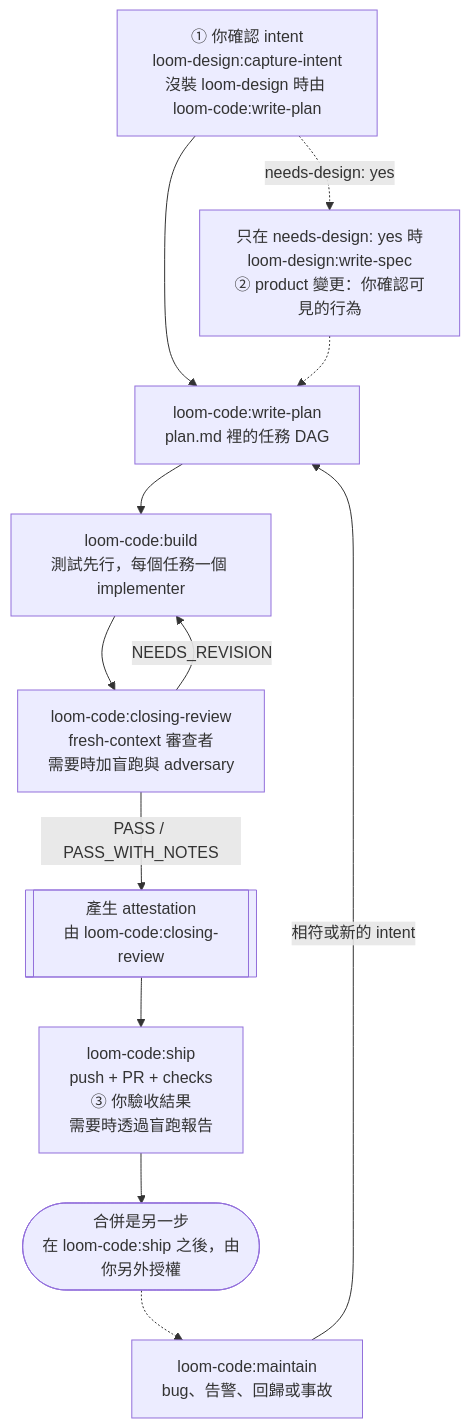
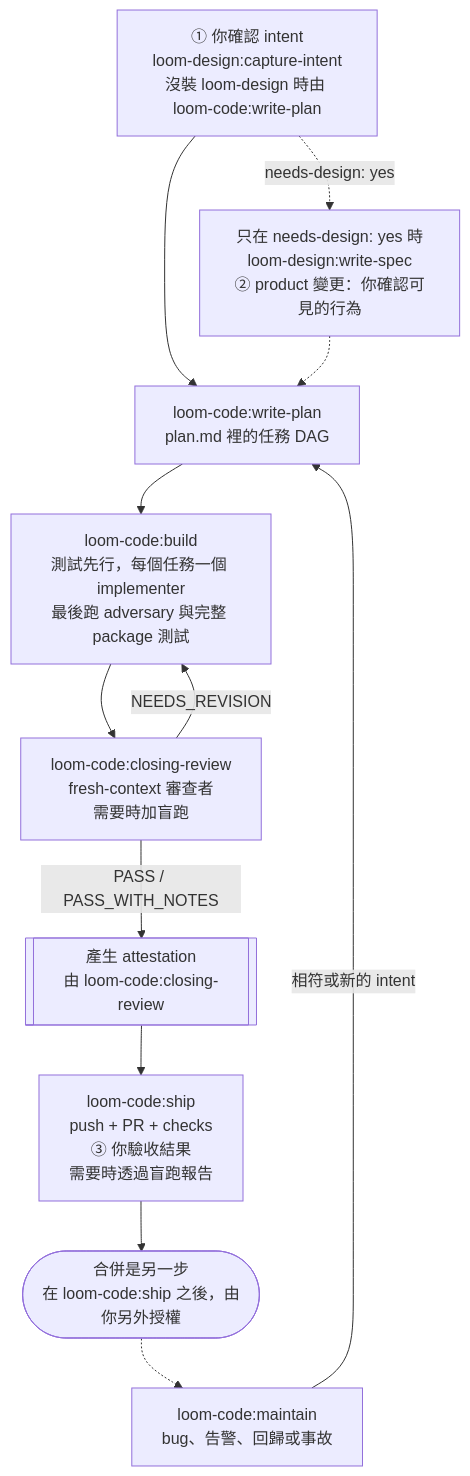
One commit to kouko/loom-plugins changed the diagram in loom-code/README.zh-TW.md. Above: the diagram before and after it, drawn with Mermaid. The commit also changed other lines of this file and 48 other files, not shown here.

First line of the commit message:
feat(loom-code): run mechanical checks before closing review (#15)

````diff
--- a/loom-code/README.zh-TW.md
+++ b/loom-code/README.zh-TW.md
@@ -17,24 +17,24 @@
 ```mermaid
 flowchart TD
     intent["① 你確認 intent<br/>loom-design:capture-intent<br/>沒裝 loom-design 時由 loom-code:write-plan"]
     spec["只在 needs-design: yes 時<br/>loom-design:write-spec<br/>② product 變更：你確認可見的行為"]
     plan["loom-code:write-plan<br/>plan.md 裡的任務 DAG"]
-    build["loom-code:build<br/>測試先行，每個任務一個 implementer"]
-    review["loom-code:closing-review<br/>fresh-context 審查者<br/>需要時加盲跑與 adversary"]
+    build["loom-code:build<br/>測試先行，每個任務一個 implementer<br/>最後跑 adversary 與完整 package 測試"]
+    review["loom-code:closing-review<br/>fresh-context 審查者<br/>需要時加盲跑"]
     attest[["產生 attestation<br/>由 loom-code:closing-review"]]
     ship["loom-code:ship<br/>push + PR + checks<br/>③ 你驗收結果<br/>需要時透過盲跑報告"]
     merged(["合併是另一步<br/>在 loom-code:ship 之後，由你另外授權"])
     maintain["loom-code:maintain<br/>bug、告警、回歸或事故"]
 
     intent --> plan
     intent -.->|"needs-design: yes"| spec
     spec -.-> plan
     plan --> build
     build --> review
     review -->|"NEEDS_REVISION"| build
     review -->|"PASS / PASS_WITH_NOTES"| attest
     attest --> ship
     ship --> merged
     merged -.-> maintain
     maintain -->|"相符或新的 intent"| plan
 ```
````
